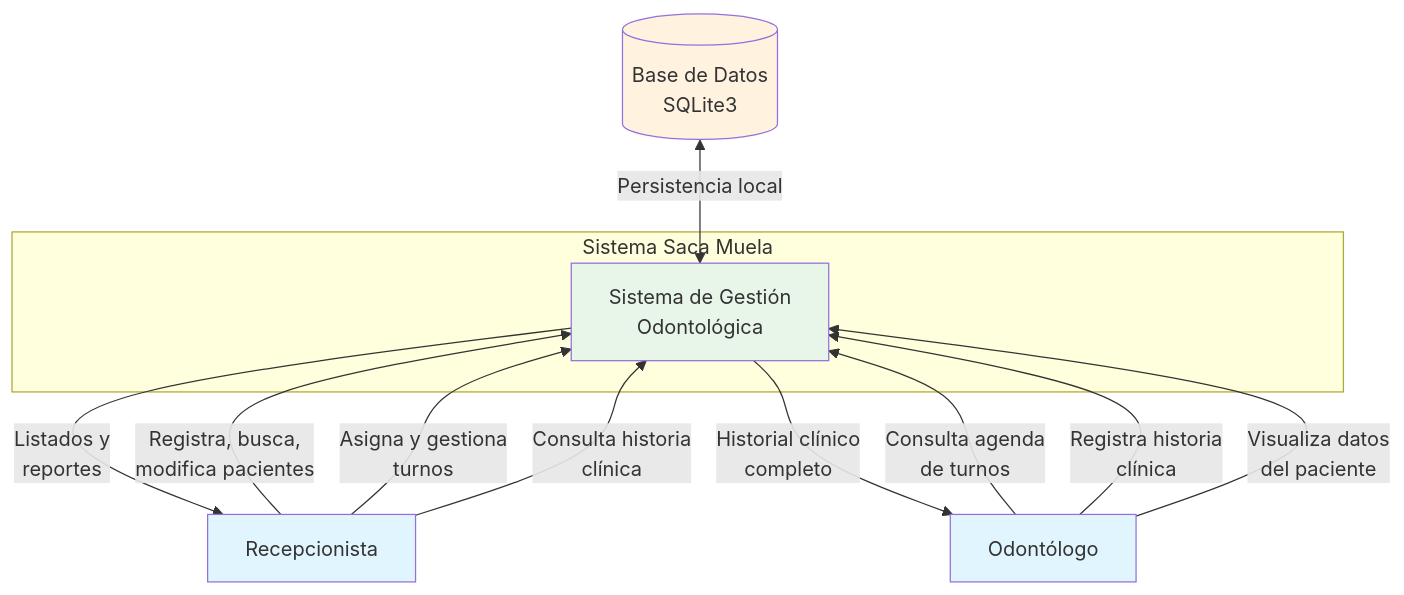
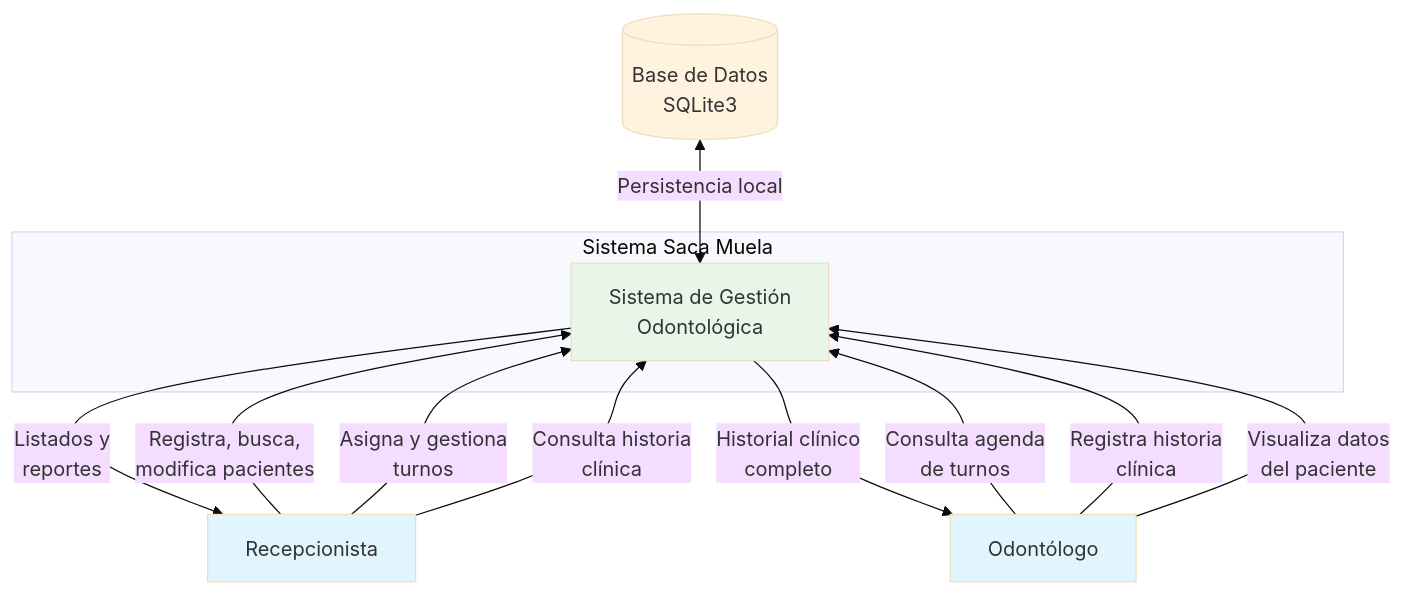
Before and after one commit to estebanmatias92/tecnicatura-algoritmos-y-estructuras-de-datos-ii: the diagram in 30-assignments/2026-06-03/code/docs/diagrama-de-contexto.md, drawn with Mermaid.

Commit message:
Changing mermaid themes for dark background constrast

````diff
--- a/30-assignments/2026-06-03/code/docs/diagrama-de-contexto.md
+++ b/30-assignments/2026-06-03/code/docs/diagrama-de-contexto.md
@@ -5,24 +5,28 @@
 ```mermaid
+---
+config:
+  theme: 'base'
+---
 graph TD
     subgraph "Sistema Saca Muela"
         SM[Sistema de Gestión<br>Odontológica]
     end
 
     A[Recepcionista] -->|Registra, busca,<br>modifica pacientes| SM
     A -->|Asigna y gestiona<br>turnos| SM
     A -->|Consulta historia<br>clínica| SM
 
     B[Odontólogo] -->|Consulta agenda<br>de turnos| SM
     B -->|Registra historia<br>clínica| SM
     B -->|Visualiza datos<br>del paciente| SM
 
     DB[(Base de Datos<br>SQLite3)] <-->|Persistencia local| SM
 
     SM -->|Listados y<br>reportes| A
     SM -->|Historial clínico<br>completo| B
 
     style A fill:#e1f5fe
     style B fill:#e1f5fe
     style DB fill:#fff3e0
     style SM fill:#e8f5e9
 ```
````
